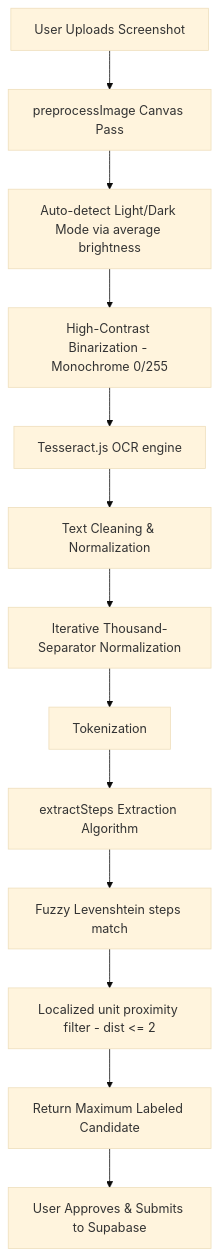
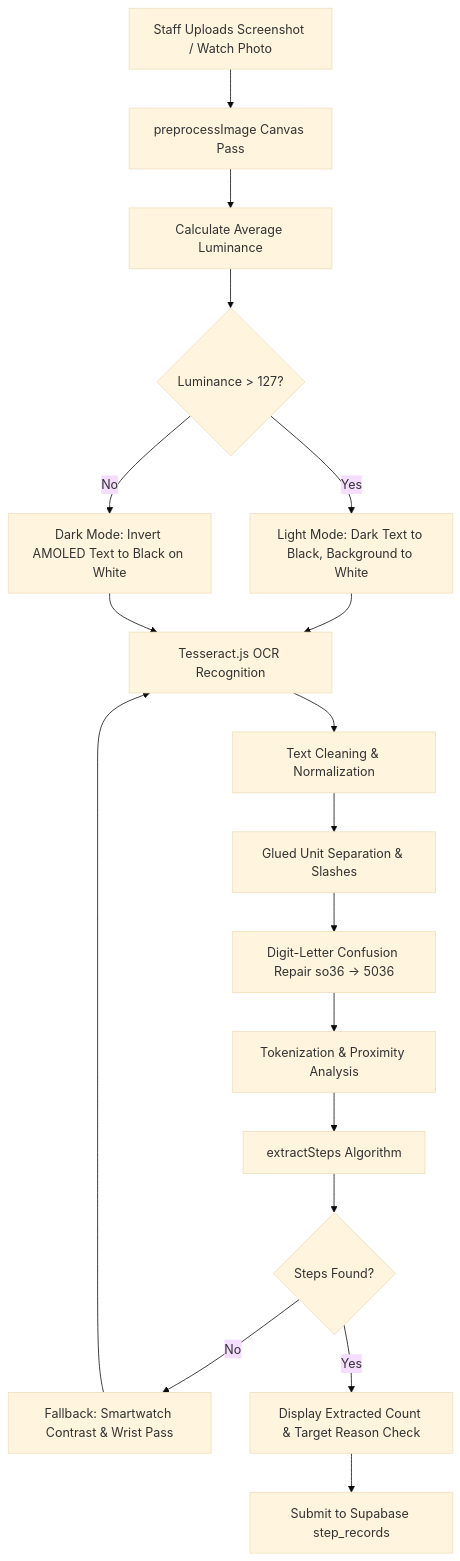
Before and after one commit to Manju1303/Stepcount: the diagram in README.md, drawn with Mermaid (base theme). The commit also changed other lines of this file and 1 other file, not shown here.

````diff
--- a/README.md
+++ b/README.md
@@ -33,15 +53,20 @@
 ```mermaid
 graph TD
-    A[User Uploads Screenshot] --> B[preprocessImage Canvas Pass]
-    B --> B1[Auto-detect Light/Dark Mode via average brightness]
-    B1 --> B2[High-Contrast Binarization - Monochrome 0/255]
-    B2 --> C[Tesseract.js OCR engine]
+    A[Staff Uploads Screenshot / Watch Photo] --> B[preprocessImage Canvas Pass]
+    B --> B1[Calculate Average Luminance]
+    B1 --> B2{Luminance > 127?}
+    B2 -- Yes --> B3[Light Mode: Dark Text to Black, Background to White]
+    B2 -- No --> B4[Dark Mode: Invert AMOLED Text to Black on White]
+    B3 --> C[Tesseract.js OCR Recognition]
+    B4 --> C
     C --> D[Text Cleaning & Normalization]
-    D --> D1[Iterative Thousand-Separator Normalization]
-    D1 --> E[Tokenization]
-    E --> F[extractSteps Extraction Algorithm]
-    F --> F1[Fuzzy Levenshtein steps match]
-    F1 --> F2[Localized unit proximity filter - dist <= 2]
-    F2 --> G[Return Maximum Labeled Candidate]
-    G --> H[User Approves & Submits to Supabase]
+    D --> D1[Glued Unit Separation & Slashes]
+    D1 --> D2[Digit-Letter Confusion Repair so36 -> 5036]
+    D2 --> E[Tokenization & Proximity Analysis]
+    E --> F[extractSteps Algorithm]
+    F --> G{Steps Found?}
+    G -- No --> H[Fallback: Smartwatch Contrast & Wrist Pass]
+    H --> C
+    G -- Yes --> I[Display Extracted Count & Target Reason Check]
+    I --> J[Submit to Supabase step_records]
 ```
````
